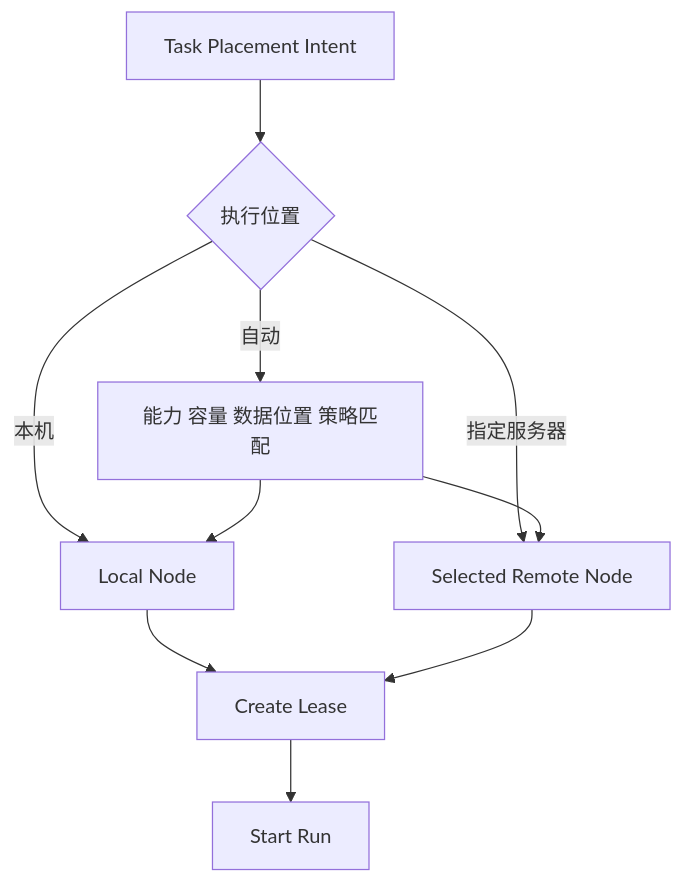
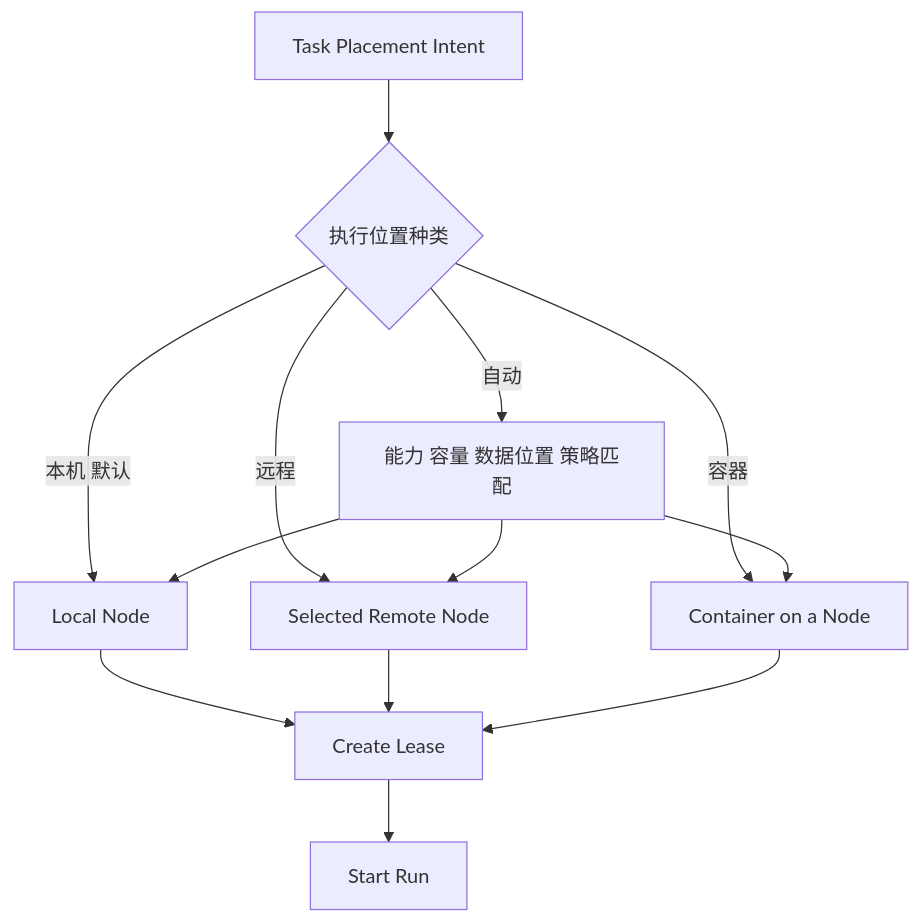
The third of 10 diagrams in docs/product-ui/02-core-user-flows.md (nicechencs/workforce), drawn with Mermaid before and after one commit. The commit also changed other lines of this file and 21 other files, not shown here.

First line of the commit message:
docs: freeze execution placements as local default plus remote and container

````diff
--- a/docs/product-ui/02-core-user-flows.md
+++ b/docs/product-ui/02-core-user-flows.md
@@ -55,12 +58,15 @@
 ```mermaid
 flowchart TD
-  Task[Task Placement Intent] --> Mode{执行位置}
-  Mode -->|本机| Local[Local Node]
-  Mode -->|指定服务器| Remote[Selected Remote Node]
+  Task[Task Placement Intent] --> Mode{执行位置种类}
+  Mode -->|本机 默认| Local[Local Node]
+  Mode -->|远程| Remote[Selected Remote Node]
+  Mode -->|容器| Container[Container on a Node]
   Mode -->|自动| Select[能力 容量 数据位置 策略匹配]
   Select --> Local
   Select --> Remote
+  Select --> Container
   Local --> Lease[Create Lease]
   Remote --> Lease
+  Container --> Lease
   Lease --> Run[Start Run]
 ```
````
